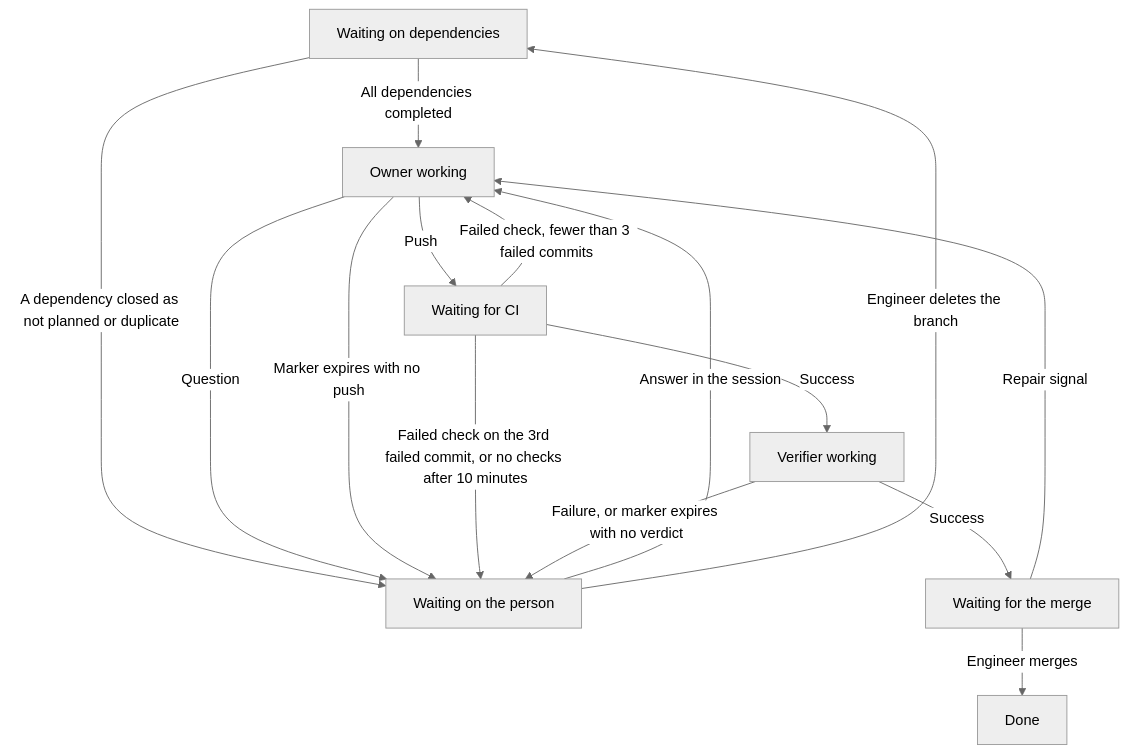
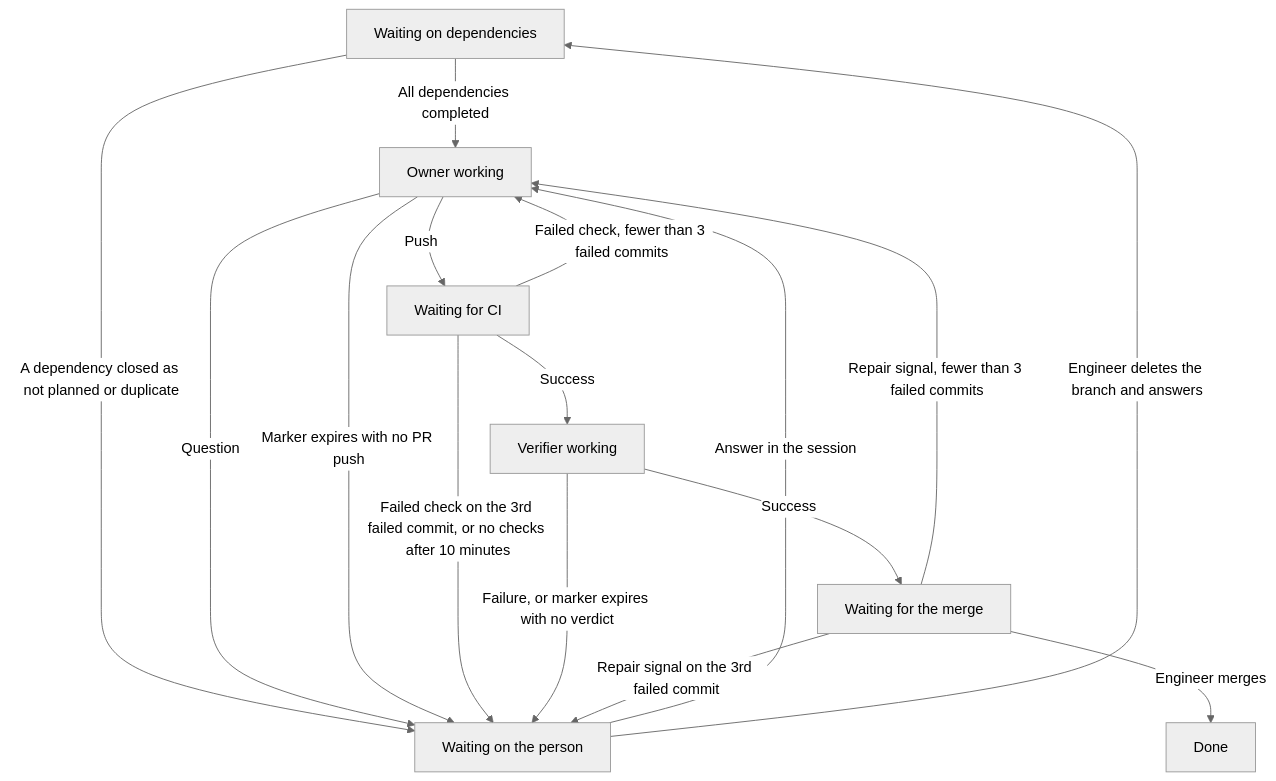
One commit to maro114510/skills changed the first of 2 diagrams in docs/design/orchestrate-epic.md. Above: the diagram before and after it, drawn with Mermaid (neutral theme). The commit also changed other lines of this file, not shown here.

First line of the commit message:
docs(design): close the gaps reviewers found in the marker and holds

````diff
--- a/docs/design/orchestrate-epic.md
+++ b/docs/design/orchestrate-epic.md
@@ -82,17 +82,18 @@
 ```mermaid
 flowchart TB
   Blocked["Waiting on dependencies"] -->|"All dependencies completed"| Owner["Owner working"]
   Blocked -->|"A dependency closed as not planned or duplicate"| Person
   Owner -->|"Question"| Person["Waiting on the person"]
   Owner -->|"Push"| CI["Waiting for CI"]
-  Owner -->|"Marker expires with no push"| Person
+  Owner -->|"Marker expires with no PR push"| Person
   CI -->|"Success"| Verify["Verifier working"]
   CI -->|"Failed check, fewer than 3 failed commits"| Owner
   CI -->|"Failed check on the 3rd failed commit, or no checks after 10 minutes"| Person
   Verify -->|"Success"| Merge["Waiting for the merge"]
   Verify -->|"Failure, or marker expires with no verdict"| Person
-  Merge -->|"Repair signal"| Owner
+  Merge -->|"Repair signal, fewer than 3 failed commits"| Owner
+  Merge -->|"Repair signal on the 3rd failed commit"| Person
   Merge -->|"Engineer merges"| Done["Done"]
   Person -->|"Answer in the session"| Owner
-  Person -->|"Engineer deletes the branch"| Blocked
+  Person -->|"Engineer deletes the branch and answers"| Blocked
 ```
````
